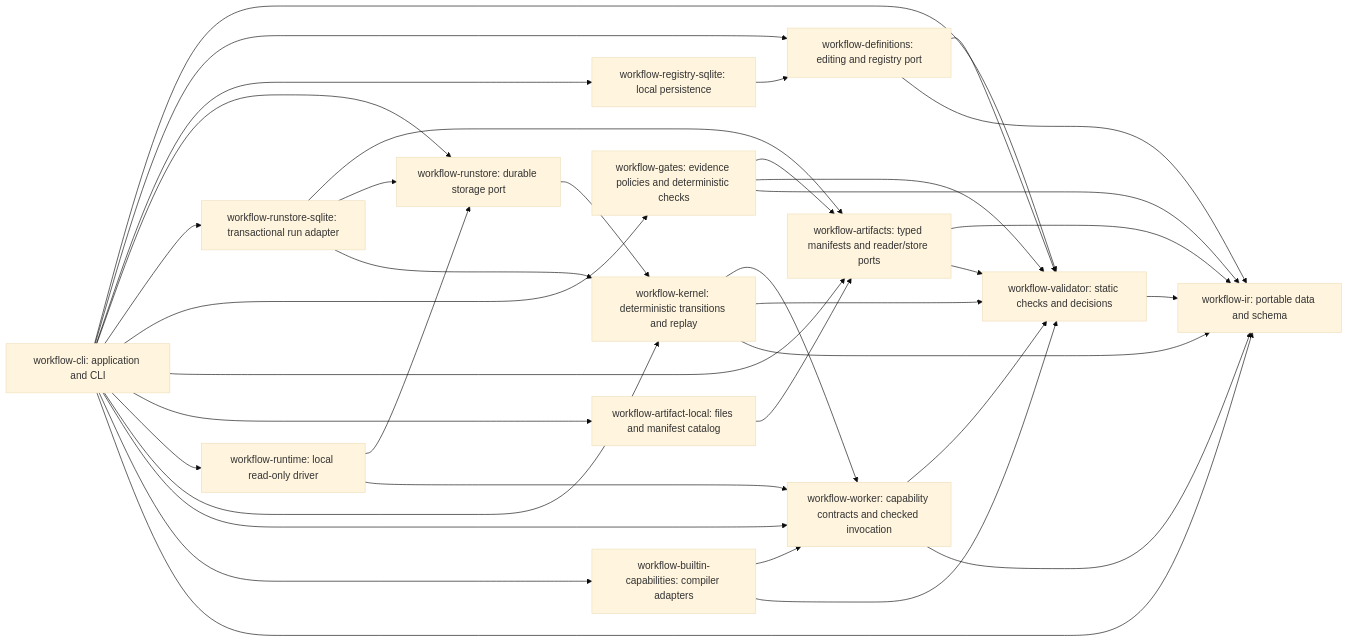
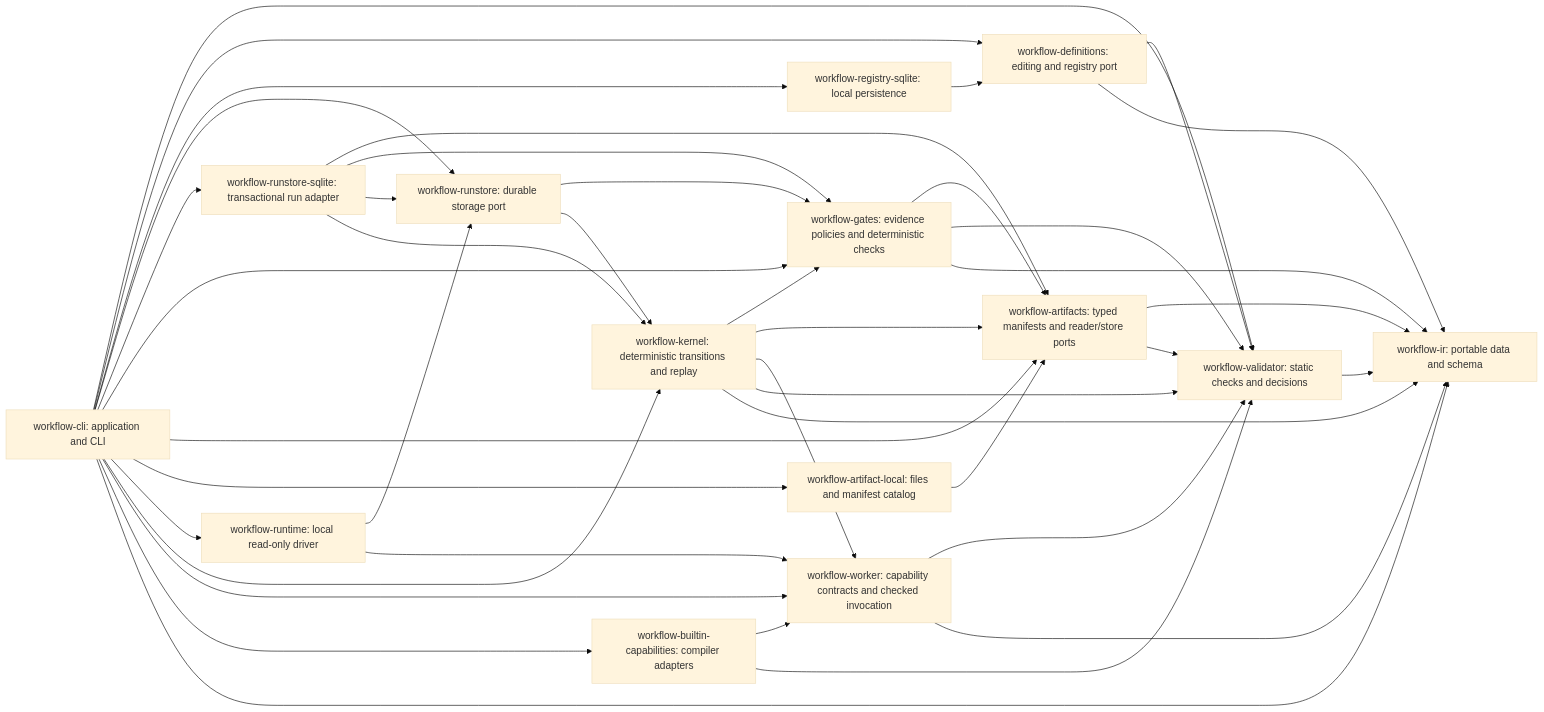
Before and after one commit to coolplayagent/workflow-cli: the diagram in docs/roadmap.md, drawn with Mermaid (base theme). The commit also changed other lines of this file and 55 other files, not shown here.

````diff
--- a/docs/roadmap.md
+++ b/docs/roadmap.md
@@ -8,39 +8,43 @@
 ```mermaid
 flowchart LR
     CLI[workflow-cli: application and CLI] --> V[workflow-validator: static checks and decisions]
     CLI --> D[workflow-definitions: editing and registry port]
     CLI --> S[workflow-registry-sqlite: local persistence]
     CLI --> RS[workflow-runstore: durable storage port]
     CLI --> DB[workflow-runstore-sqlite: transactional run adapter]
     CLI --> G[workflow-gates: evidence policies and deterministic checks]
     G --> A
     G --> V
     G --> IR
     CLI --> A[workflow-artifacts: typed manifests and reader/store ports]
     CLI --> AF[workflow-artifact-local: files and manifest catalog]
     AF --> A
     DB --> A
+    DB --> G
+    RS --> G
+    K --> G
+    K --> A
     A --> IR
     A --> V
     CLI --> RT[workflow-runtime: local read-only driver]
     RT --> RS
     RT --> W
     DB --> RS
     DB --> K
     RS --> K
     CLI --> K[workflow-kernel: deterministic transitions and replay]
     K --> W
     K --> V
     K --> IR
     CLI --> W[workflow-worker: capability contracts and checked invocation]
     CLI --> B[workflow-builtin-capabilities: compiler adapters]
     B --> W
     B --> V
     W --> V
     W --> IR
     S --> D
     D --> V
     D --> IR[workflow-ir: portable data and schema]
     CLI --> IR
     V --> IR
 ```
````
